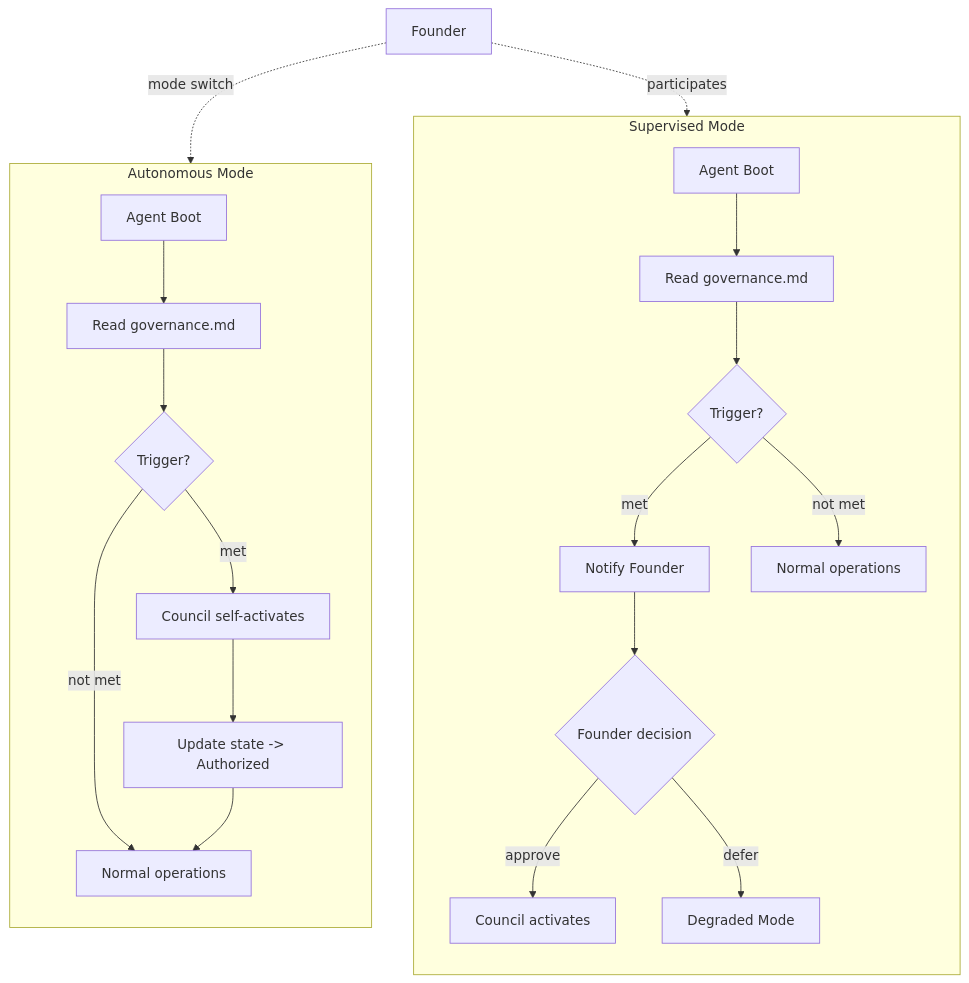
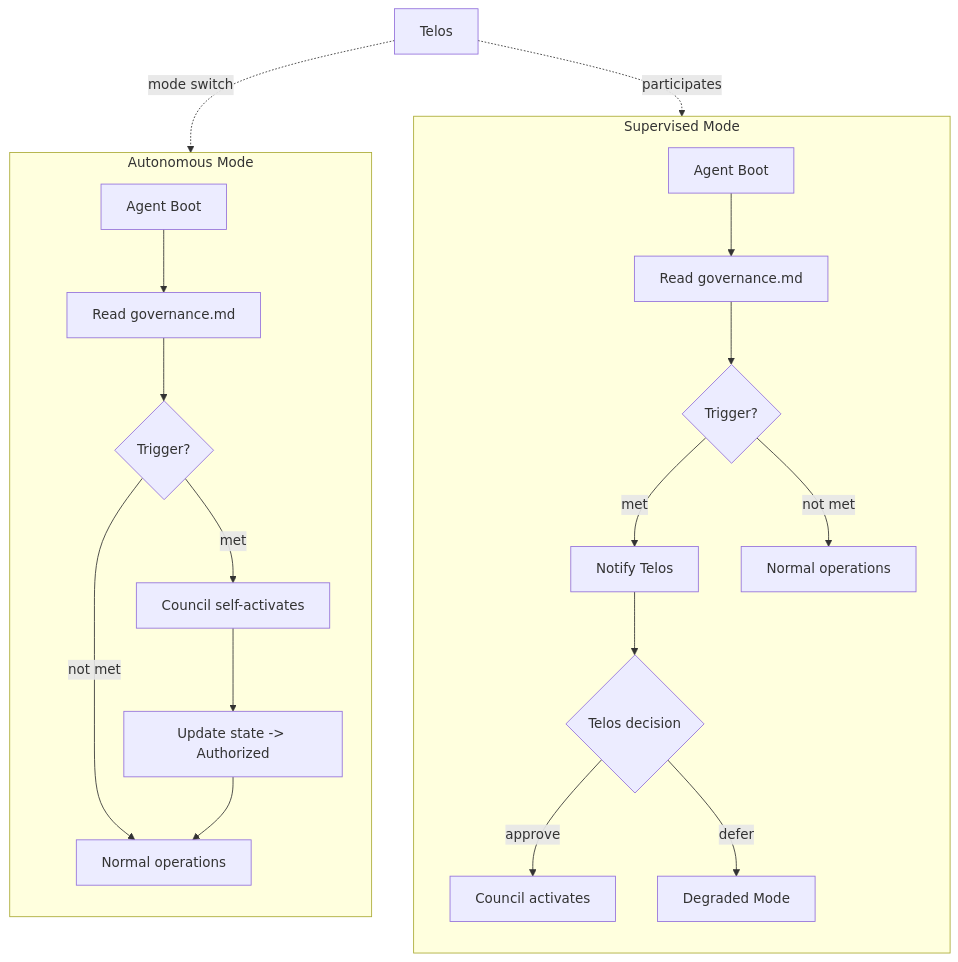
One commit to x6kage/arche changed the sixth of 12 diagrams in docs/papers/001-governance-theory/en.md. Above: the diagram before and after it, drawn with Mermaid. The commit also changed other lines of this file and 42 other files, not shown here.

````diff
--- a/docs/papers/001-governance-theory/en.md
+++ b/docs/papers/001-governance-theory/en.md
@@ -285,26 +285,26 @@
 ```mermaid
 graph TD
     subgraph Autonomous ["Autonomous Mode"]
         direction TB
         A1["Agent Boot"] --> A2["Read governance.md"]
         A2 --> A3{"Trigger?"}
         A3 -->|"met"| A4["Council self-activates"]
         A3 -->|"not met"| A5["Normal operations"]
         A4 --> A6["Update state -> Authorized"]
         A6 --> A5
     end
 
     subgraph Supervised ["Supervised Mode"]
         direction TB
         S1["Agent Boot"] --> S2["Read governance.md"]
         S2 --> S3{"Trigger?"}
-        S3 -->|"met"| S4["Notify Founder"]
+        S3 -->|"met"| S4["Notify Telos"]
         S3 -->|"not met"| S5["Normal operations"]
-        S4 --> S6{"Founder decision"}
+        S4 --> S6{"Telos decision"}
         S6 -->|"approve"| S7["Council activates"]
         S6 -->|"defer"| S8["Degraded Mode"]
     end
 
-    Founder["Founder"] -.->|"mode switch"| Autonomous
-    Founder -.->|"participates"| Supervised
+    Telos["Telos"] -.->|"mode switch"| Autonomous
+    Telos -.->|"participates"| Supervised
 ```
````
